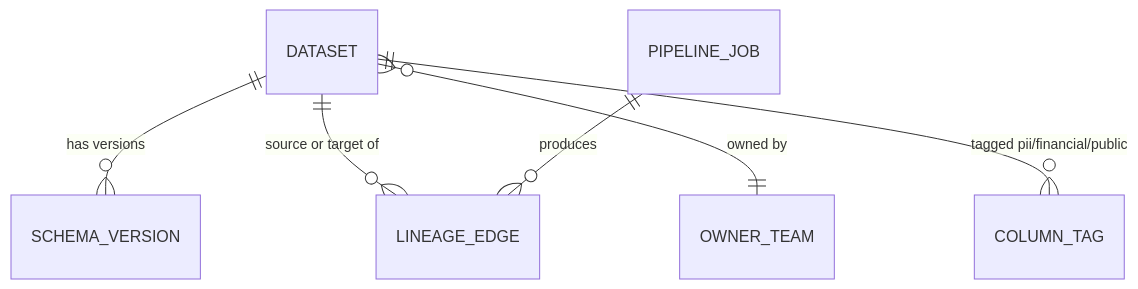
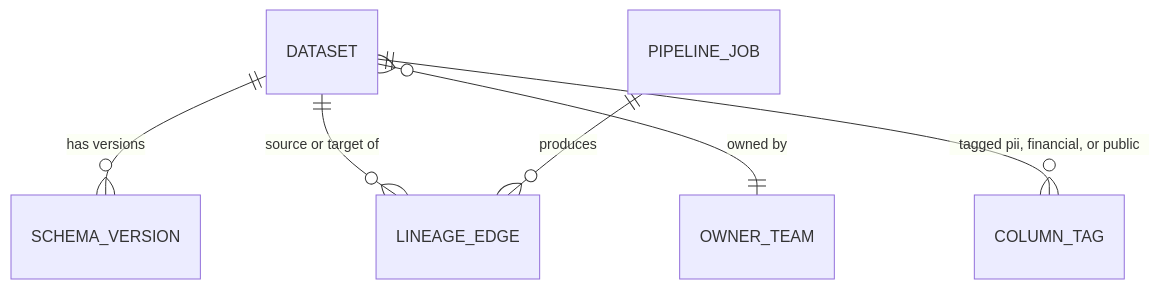
Before and after one commit to riyaz-pasha/Learnings: diagram 13 of 17 in system-design/HLD/0-course/43-Design-a-Data-Infrastructure-System-FAANG-Guide-story.md, drawn with Mermaid. The commit also changed other lines of this file and 1 other file, not shown here.

Commit message:
[REWRITE] Data Infrastructure System story guide: simplify prose, add structure, fix diagrams

````diff
--- a/system-design/HLD/0-course/43-Design-a-Data-Infrastructure-System-FAANG-Guide-story.md
+++ b/system-design/HLD/0-course/43-Design-a-Data-Infrastructure-System-FAANG-Guide-story.md
@@ -366,8 +713,8 @@
 ```mermaid
 erDiagram
     DATASET ||--o{ SCHEMA_VERSION : "has versions"
     DATASET ||--o{ LINEAGE_EDGE : "source or target of"
     DATASET }o--|| OWNER_TEAM : "owned by"
-    DATASET ||--o{ COLUMN_TAG : "tagged pii/financial/public"
+    DATASET ||--o{ COLUMN_TAG : "tagged pii, financial, or public"
     PIPELINE_JOB ||--o{ LINEAGE_EDGE : "produces"
 ```
````
